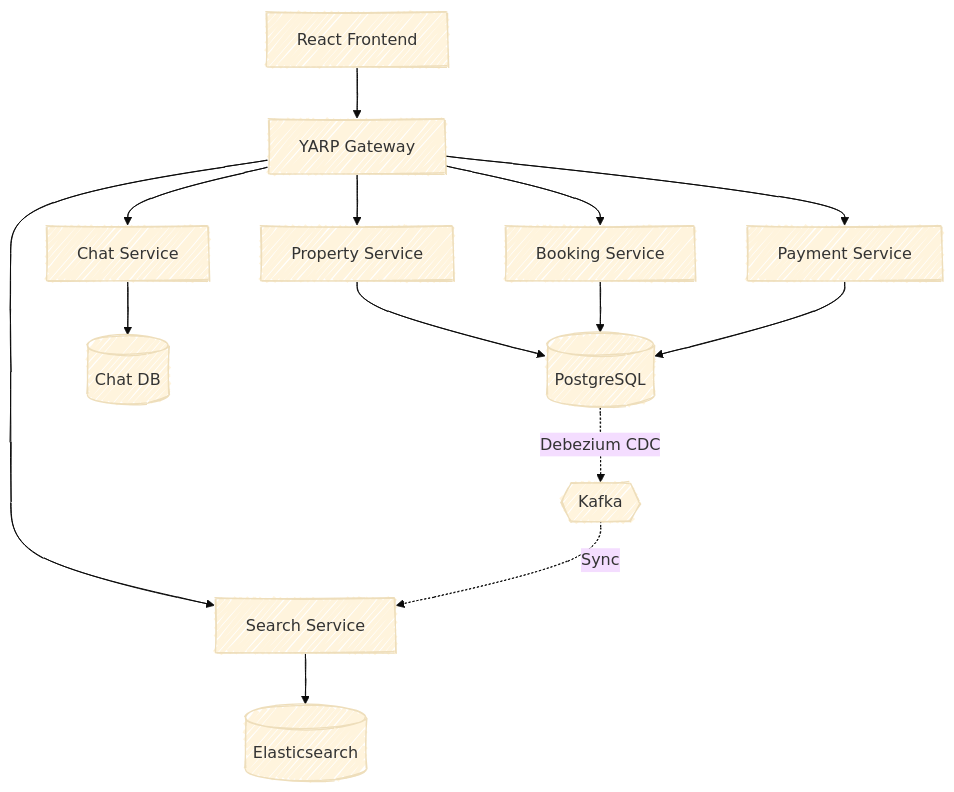
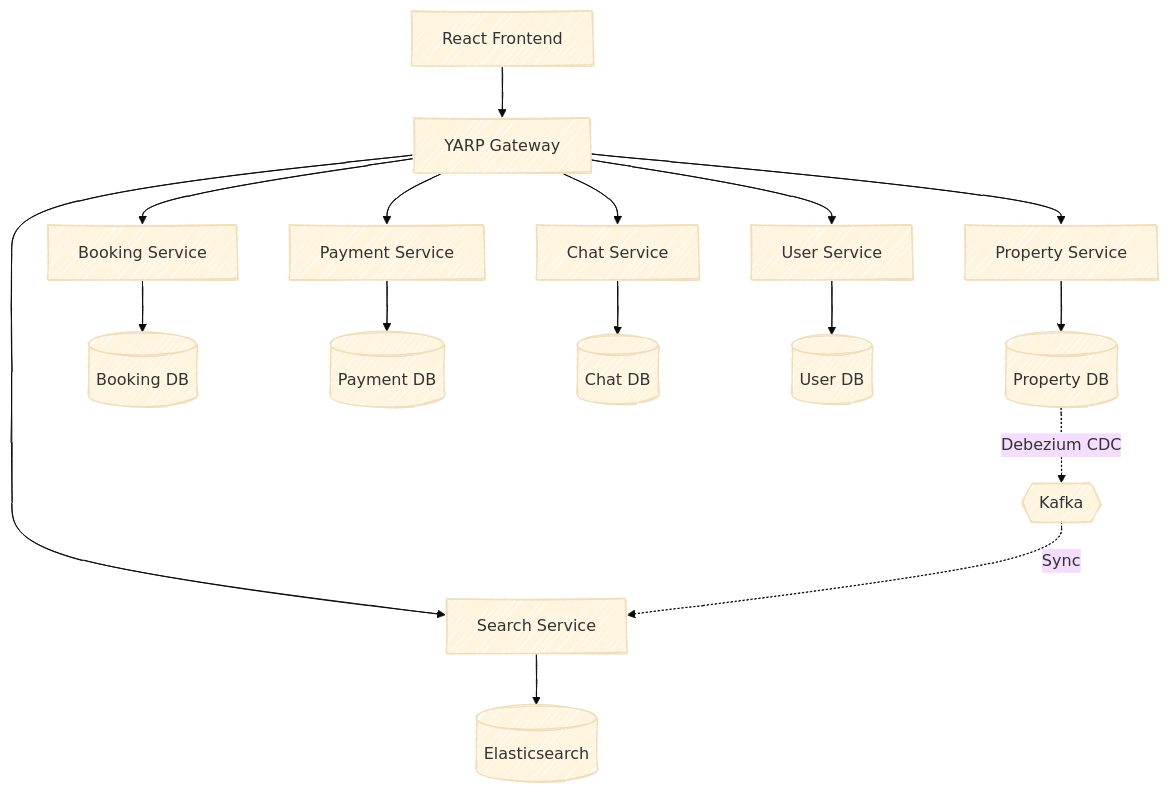
The diagram in README.md (lamdx4/airVnV), drawn with Mermaid before and after one commit.

Commit message:
docs: fix mermaid diagram to accurately reflect database-per-microservice architecture

````diff
--- a/README.md
+++ b/README.md
@@ -9,23 +9,25 @@
 ```mermaid
 %%{init: {'theme': 'base', 'look': 'handDrawn'}}%%
 graph TD
     Client["React Frontend"] --> GW["YARP Gateway"]
     
     GW --> SS["Search Service"]
     GW --> PS["Property Service"]
     GW --> BS["Booking Service"]
     GW --> Pay["Payment Service"]
     GW --> CS["Chat Service"]
     
+    GW --> US["User Service"]
+    
+    %% Database-per-Microservice
     SS --> ES[("Elasticsearch")]
-    
-    PS --> PG[("PostgreSQL")]
-    BS --> PG
-    Pay --> PG
-    
-    CS --> CDB[("Chat DB")]
+    PS --> DB_Prop[("Property DB")]
+    BS --> DB_Book[("Booking DB")]
+    Pay --> DB_Pay[("Payment DB")]
+    CS --> DB_Chat[("Chat DB")]
+    US --> DB_User[("User DB")]
     
     %% Async Data Flows
-    PG -.->|Debezium CDC| Kafka{{"Kafka"}}
+    DB_Prop -.->|Debezium CDC| Kafka{{"Kafka"}}
     Kafka -.->|Sync| SS
 ```
````
